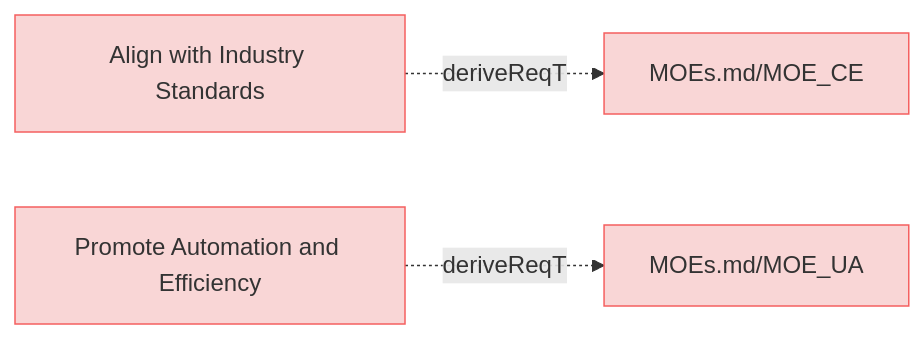
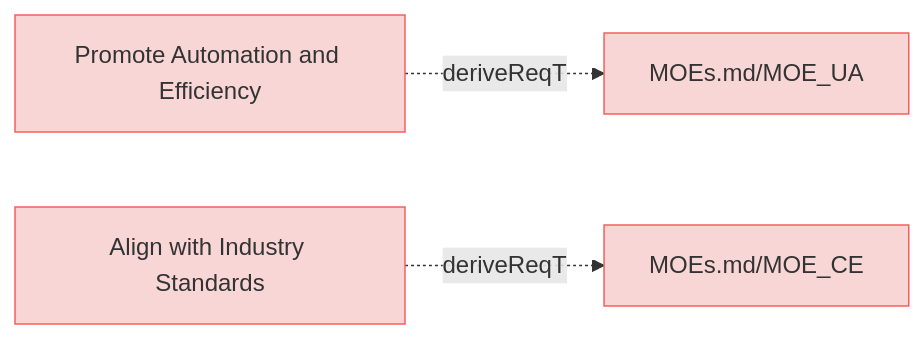
The diagram in specifications/MissionRequirements.md (reqvire-org/reqvire), drawn with Mermaid before and after one commit. The commit also changed 21 other files, not shown here.

````diff
--- a/specifications/MissionRequirements.md
+++ b/specifications/MissionRequirements.md
@@ -5,23 +5,23 @@
 ```mermaid
 graph LR;
   %% Graph styling
   classDef requirement fill:#f9d6d6,stroke:#f55f5f,stroke-width:1px;
   classDef verification fill:#d6f9d6,stroke:#5fd75f,stroke-width:1px;
   classDef externalLink fill:#d0e0ff,stroke:#3080ff,stroke-width:1px;
   classDef default fill:#f5f5f5,stroke:#333333,stroke-width:1px;
 
-  b4b8445e969465f9["Align with Industry Standards"];
-  click b4b8445e969465f9 "https://github.com/ilijaljubicic/Reqvire/blob/8a68ca1eab81bac7964085e47777a0a92447c6a5/specifications/MissionRequirements.md#align-with-industry-standards";
-  class b4b8445e969465f9 requirement;
-  a7b946053261f1d0["MOEs.md/MOE_CE"];
-  class a7b946053261f1d0 requirement;
-  click a7b946053261f1d0 "https://github.com/ilijaljubicic/Reqvire/blob/8a68ca1eab81bac7964085e47777a0a92447c6a5/specifications/MOEs.md#moe_ce";
-  b4b8445e969465f9 -.->|deriveReqT| a7b946053261f1d0;
-  639818a4d3b671bb["Promote Automation and Efficiency"];
-  click 639818a4d3b671bb "https://github.com/ilijaljubicic/Reqvire/blob/8a68ca1eab81bac7964085e47777a0a92447c6a5/specifications/MissionRequirements.md#promote-automation-and-efficiency";
-  class 639818a4d3b671bb requirement;
-  bd8b46053261f1d0["MOEs.md/MOE_UA"];
-  class bd8b46053261f1d0 requirement;
-  click bd8b46053261f1d0 "https://github.com/ilijaljubicic/Reqvire/blob/8a68ca1eab81bac7964085e47777a0a92447c6a5/specifications/MOEs.md#moe_ua";
-  639818a4d3b671bb -.->|deriveReqT| bd8b46053261f1d0;
+  c6a350266297241c["Promote Automation and Efficiency"];
+  click c6a350266297241c "https://github.com/Reqvire/reqvire/blob/f18e52f9f88c64f67a79abc4e93eb74b3ec22615/specifications/MissionRequirements.md#promote-automation-and-efficiency";
+  class c6a350266297241c requirement;
+  6c33f565725d5e41["MOEs.md/MOE_UA"];
+  class 6c33f565725d5e41 requirement;
+  click 6c33f565725d5e41 "https://github.com/Reqvire/reqvire/blob/f18e52f9f88c64f67a79abc4e93eb74b3ec22615/specifications/MOEs.md#moe_ua";
+  c6a350266297241c -.->|deriveReqT| 6c33f565725d5e41;
+  7bb378c4c85436b3["Align with Industry Standards"];
+  click 7bb378c4c85436b3 "https://github.com/Reqvire/reqvire/blob/f18e52f9f88c64f67a79abc4e93eb74b3ec22615/specifications/MissionRequirements.md#align-with-industry-standards";
+  class 7bb378c4c85436b3 requirement;
+  ac59f565725d5e41["MOEs.md/MOE_CE"];
+  class ac59f565725d5e41 requirement;
+  click ac59f565725d5e41 "https://github.com/Reqvire/reqvire/blob/f18e52f9f88c64f67a79abc4e93eb74b3ec22615/specifications/MOEs.md#moe_ce";
+  7bb378c4c85436b3 -.->|deriveReqT| ac59f565725d5e41;
 ```
````
